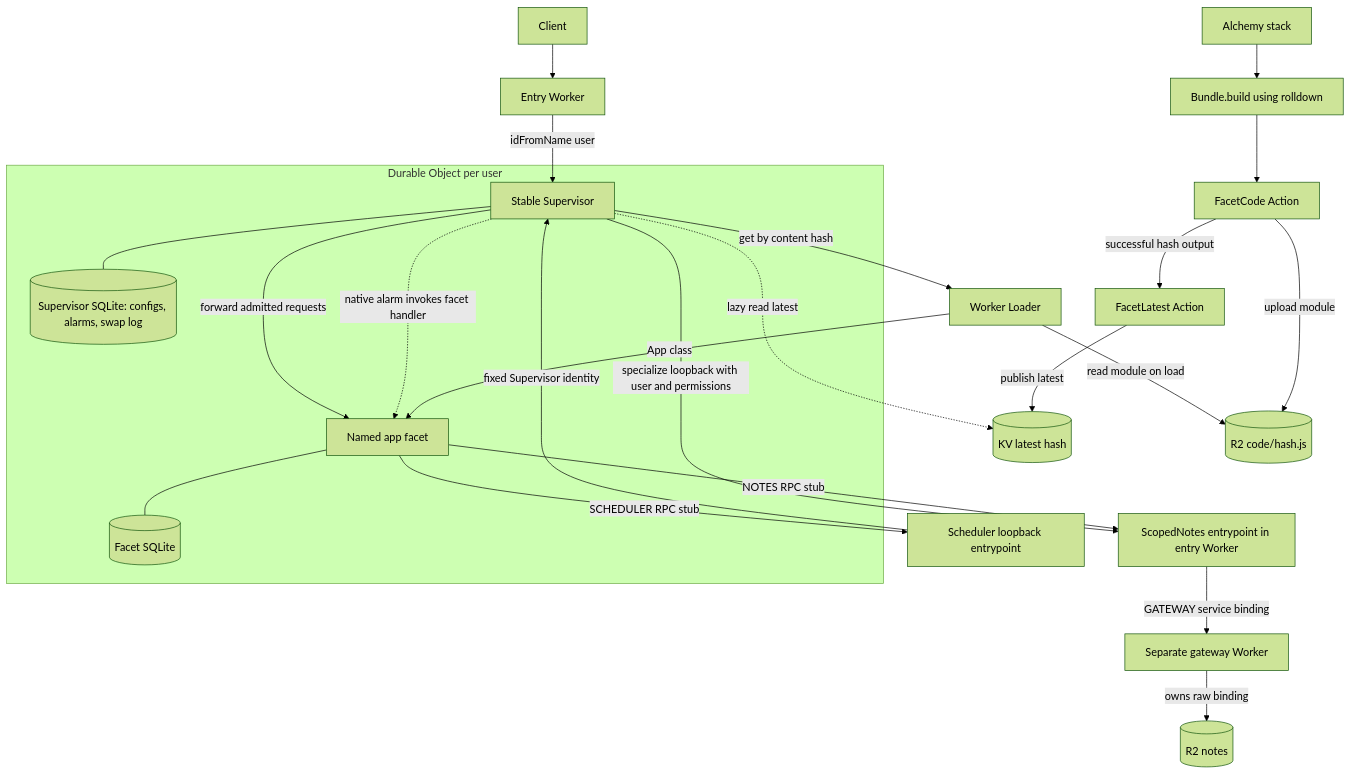
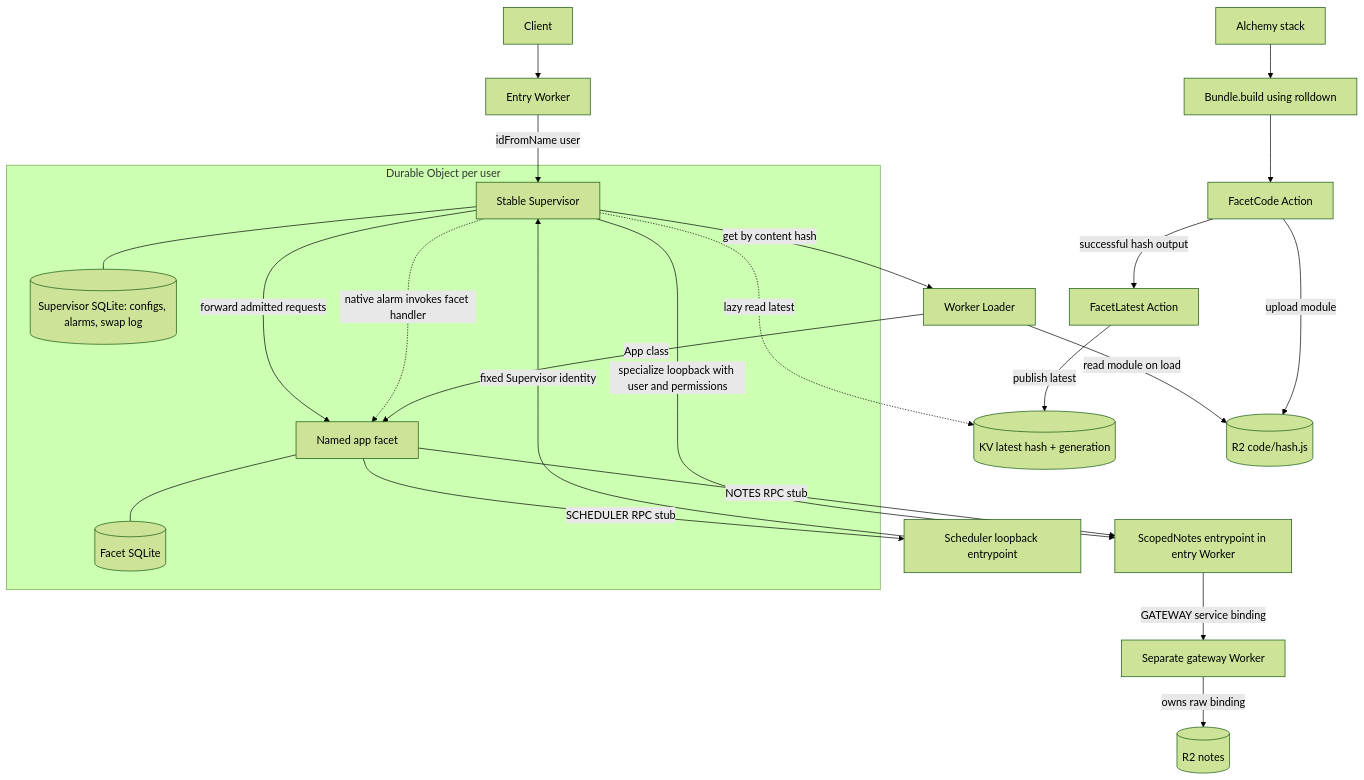
Before and after one commit to boarush/facet-swap: the first of 4 diagrams in README.md, drawn with Mermaid (forest theme). The commit also changed other lines of this file and 1 other file, not shown here.

````diff
--- a/README.md
+++ b/README.md
@@ -21,26 +21,26 @@
 ```mermaid
 flowchart TB
   C[Client] --> E[Entry Worker]
   E -->|idFromName user| S
   subgraph DO[Durable Object per user]
     S[Stable Supervisor] -->|forward admitted requests| F[Named app facet]
     S --- SD[(Supervisor SQLite: configs, alarms, swap log)]
     F --- FD[(Facet SQLite)]
   end
   S -->|specialize loopback with user and permissions| N[ScopedNotes entrypoint in entry Worker]
   N -->|GATEWAY service binding| G[Separate gateway Worker]
   F -->|NOTES RPC stub| N
   F -->|SCHEDULER RPC stub| A[Scheduler loopback entrypoint]
   A -->|fixed Supervisor identity| S
   S -.->|native alarm invokes facet handler| F
   G -->|owns raw binding| NOTES[(R2 notes)]
-  S -.->|lazy read latest| KV[(KV latest hash)]
+  S -.->|lazy read latest| KV[(KV latest hash + generation)]
   S -->|get by content hash| L[Worker Loader]
   L -->|read module on load| R2[(R2 code/hash.js)]
   L -->|App class| F
   STACK[Alchemy stack] --> B[Bundle.build using rolldown]
   B --> U[FacetCode Action]
   U -->|upload module| R2
   U -->|successful hash output| P[FacetLatest Action]
   P -->|publish latest| KV
 ```
````
